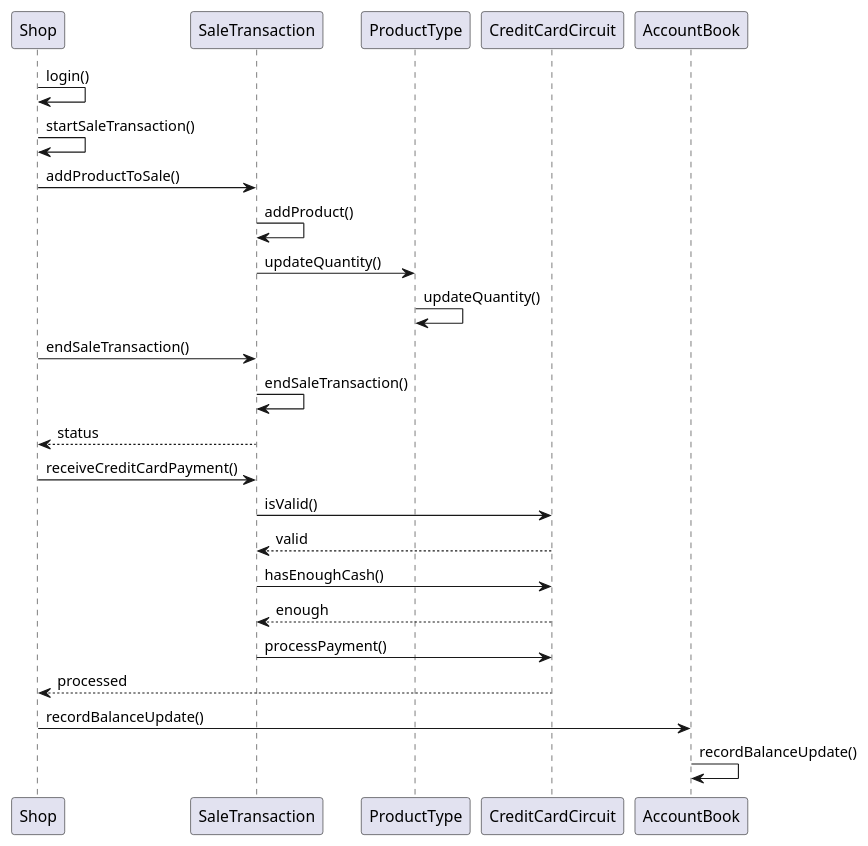
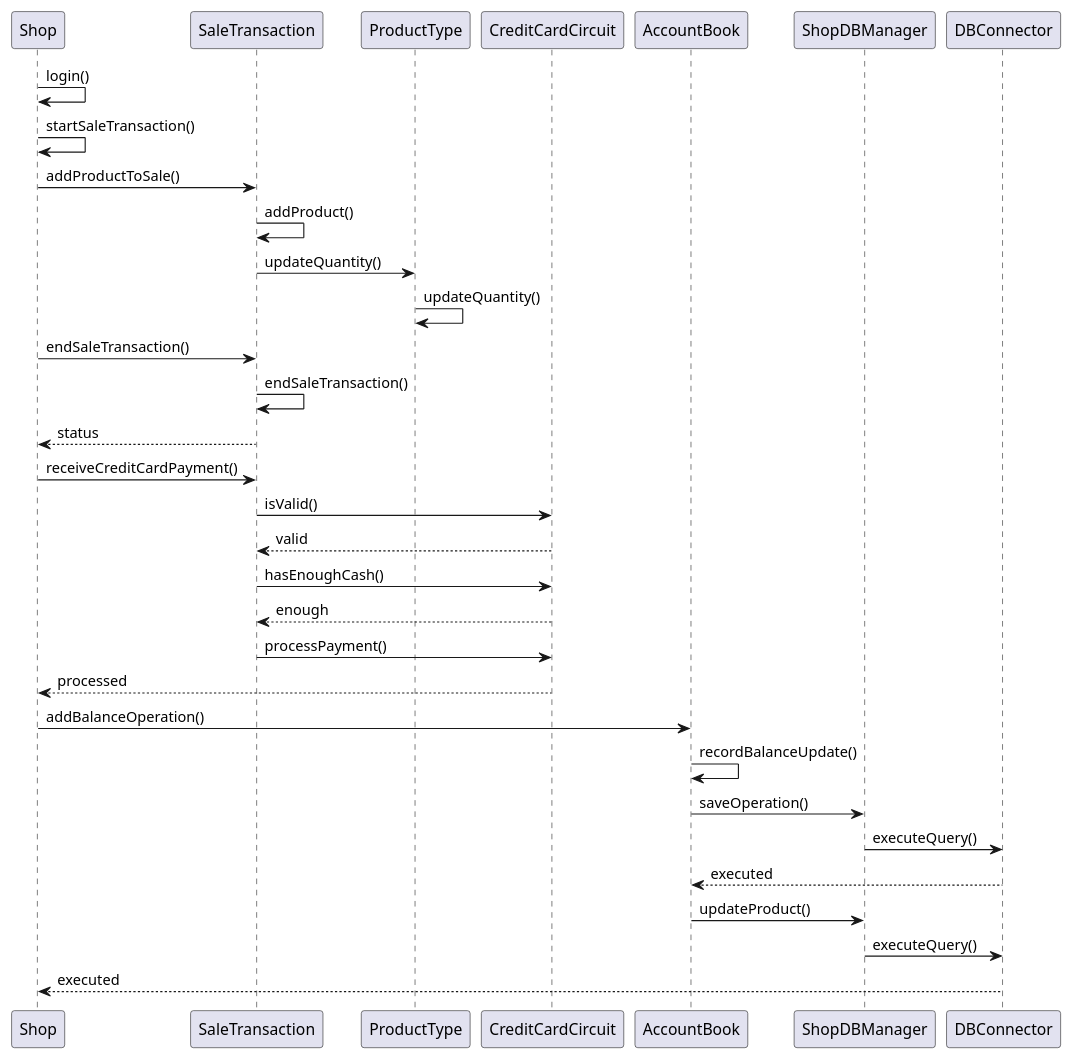
Before and after one commit to Ralls0/ezshop: the seventh of 9 diagrams in Deliverables/DesignDocument.md, drawn with PlantUML. The commit also changed other lines of this file, not shown here.

Commit message:
Update Verification sequence diagram

````diff
--- a/Deliverables/DesignDocument.md
+++ b/Deliverables/DesignDocument.md
@@ -392,20 +408,26 @@
 ```plantuml
 Shop -> Shop : login()
 Shop -> Shop : startSaleTransaction()
 Shop -> SaleTransaction: addProductToSale()
 SaleTransaction -> SaleTransaction: addProduct()
 SaleTransaction -> ProductType : updateQuantity()
 ProductType -> ProductType : updateQuantity()
 Shop -> SaleTransaction : endSaleTransaction()
 SaleTransaction -> SaleTransaction : endSaleTransaction()
 SaleTransaction--> Shop : status
 Shop -> SaleTransaction : receiveCreditCardPayment()
 SaleTransaction -> CreditCardCircuit : isValid()
 CreditCardCircuit --> SaleTransaction : valid
 SaleTransaction -> CreditCardCircuit : hasEnoughCash()
 CreditCardCircuit --> SaleTransaction : enough
 SaleTransaction -> CreditCardCircuit : processPayment()
 CreditCardCircuit --> Shop: processed
-Shop -> AccountBook : recordBalanceUpdate()
+Shop -> AccountBook : addBalanceOperation()
 AccountBook -> AccountBook : recordBalanceUpdate()
+AccountBook -> ShopDBManager : saveOperation()
+ShopDBManager -> DBConnector : executeQuery()
+DBConnector --> AccountBook : executed
+AccountBook -> ShopDBManager : updateProduct()
+ShopDBManager -> DBConnector : executeQuery()
+DBConnector --> Shop : executed
 ```
````
